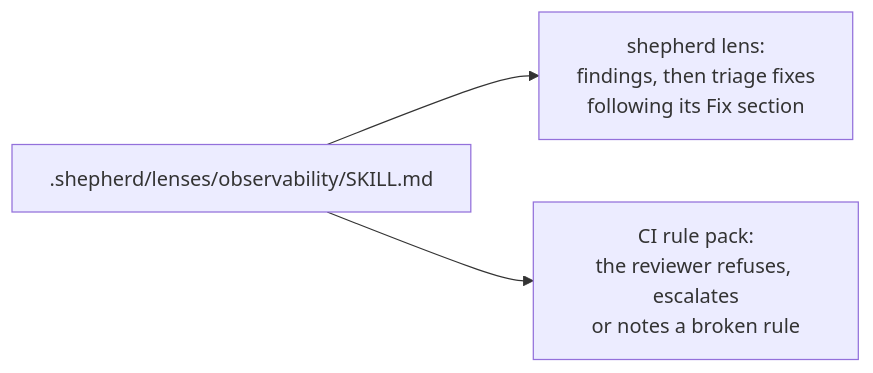
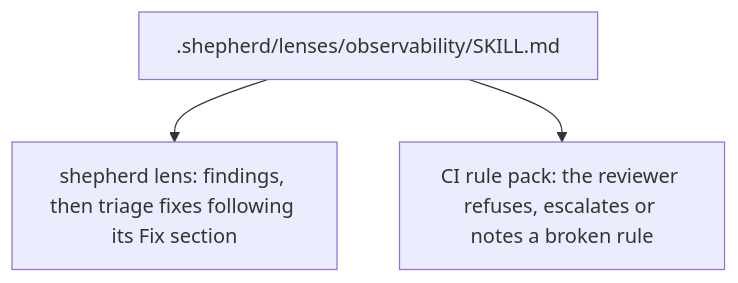
One commit to jagreehal/shepherd changed the second of 2 diagrams in docs/src/content/docs/configuration/lenses.md. Above: the diagram before and after it, drawn with Mermaid. The commit also changed other lines of this file and 41 other files, not shown here.

````diff
--- a/docs/src/content/docs/configuration/lenses.md
+++ b/docs/src/content/docs/configuration/lenses.md
@@ -65,5 +92,5 @@
 ```mermaid
-flowchart LR
-    P[.shepherd/lenses/observability/SKILL.md] --> L[shepherd lens:<br/>findings, then triage fixes<br/>following its Fix section]
-    P --> R[CI rule pack:<br/>the reviewer refuses, escalates<br/>or notes a broken rule]
+flowchart TD
+    P[.shepherd/lenses/observability/SKILL.md] --> L[shepherd lens: findings, then triage fixes following its Fix section]
+    P --> R[CI rule pack: the reviewer refuses, escalates or notes a broken rule]
 ```
````
